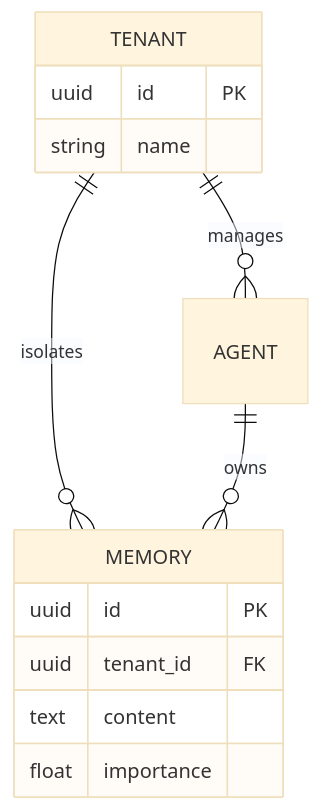
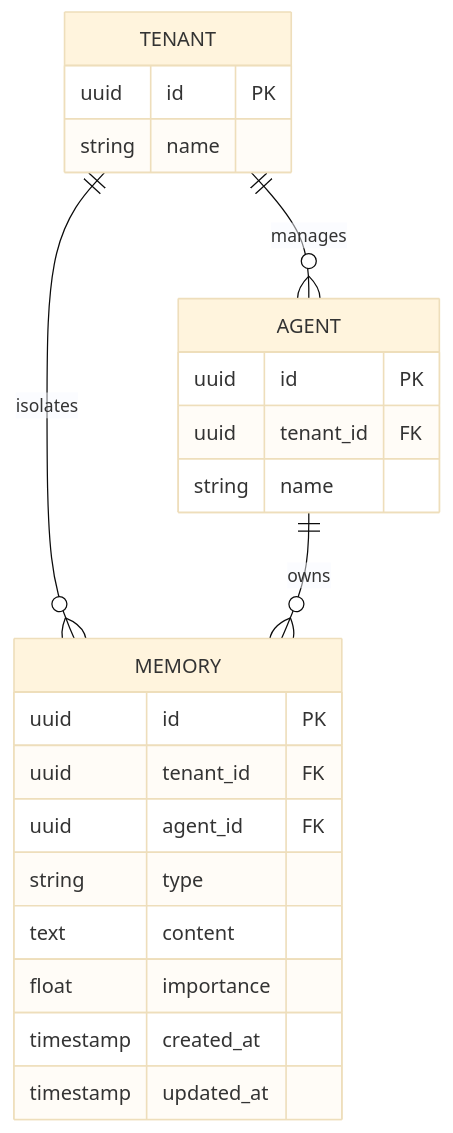
Before and after one commit to Mohi1038/distributed-memOS: diagram 11 of 12 in README.md, drawn with Mermaid (base theme). The commit also changed other lines of this file, not shown here.

````diff
--- a/README.md
+++ b/README.md
@@ -191,17 +543,26 @@
 ```mermaid
 erDiagram
     TENANT ||--o{ AGENT : manages
     TENANT ||--o{ MEMORY : isolates
     AGENT ||--o{ MEMORY : owns
-    
+
     TENANT {
         uuid id PK
+        string name
+    }
+    AGENT {
+        uuid id PK
+        uuid tenant_id FK
         string name
     }
     MEMORY {
         uuid id PK
         uuid tenant_id FK
+        uuid agent_id FK
+        string type
         text content
         float importance
+        timestamp created_at
+        timestamp updated_at
     }
 ```
````
